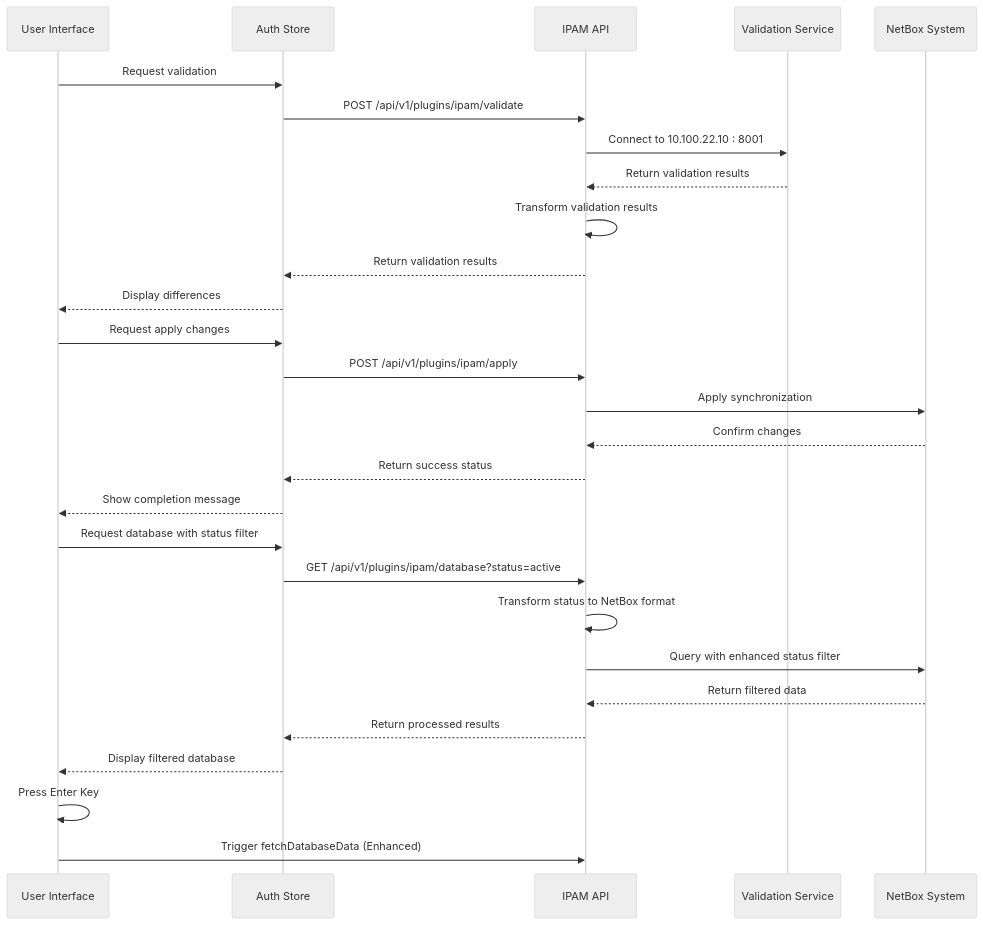
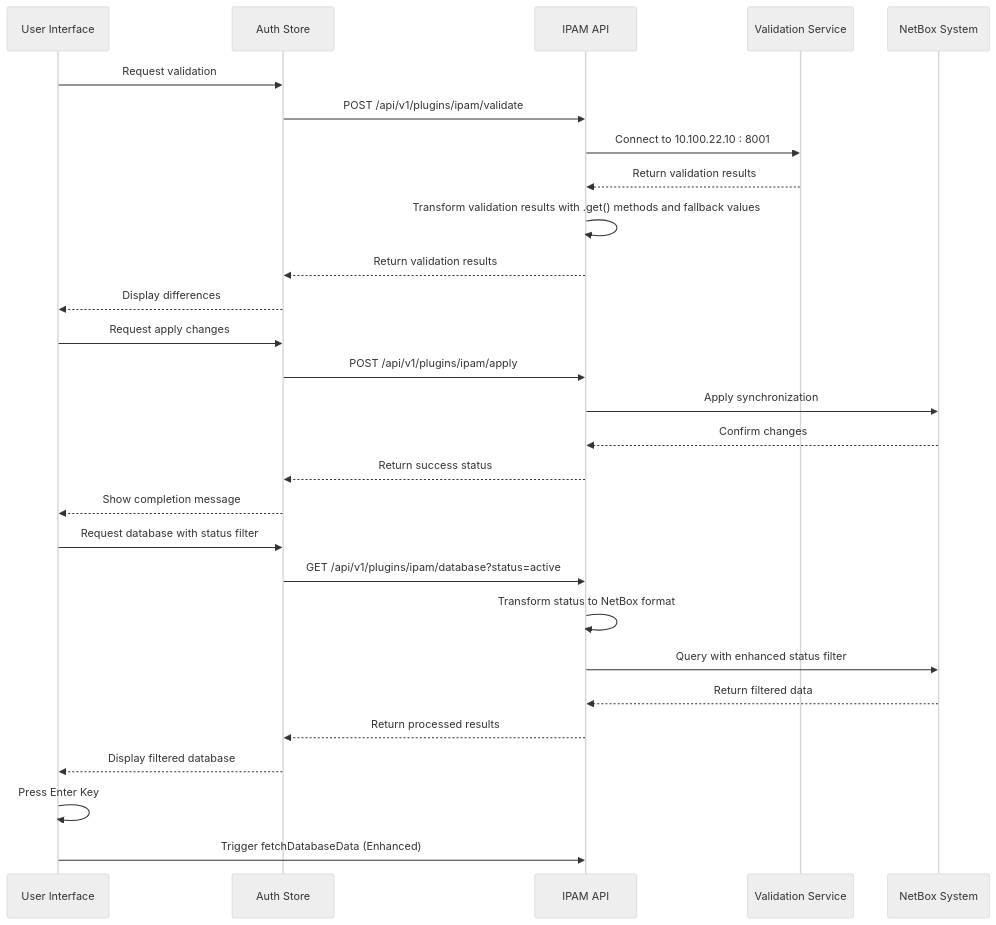
The tenth of 11 diagrams in .qoder/repowiki/en/content/Built-in Plugins/IPAM Plugin.md (Nikita5543/New-SSO-02), drawn with Mermaid (neutral theme) before and after one commit. The commit also changed other lines of this file and 7 other files, not shown here.

````diff
--- a/.qoder/repowiki/en/content/Built-in Plugins/IPAM Plugin.md
+++ b/.qoder/repowiki/en/content/Built-in Plugins/IPAM Plugin.md
@@ -445,30 +447,30 @@
 ```mermaid
 sequenceDiagram
 participant UI as User Interface
 participant Auth as Auth Store
 participant API as IPAM API
 participant ValidationService as Validation Service
 participant NetBox as NetBox System
 UI->>Auth : Request validation
 Auth->>API : POST /api/v1/plugins/ipam/validate
 API->>ValidationService : Connect to 10.100.22.10 : 8001
 ValidationService-->>API : Return validation results
-API->>API : Transform validation results
+API->>API : Transform validation results with .get() methods and fallback values
 API-->>Auth : Return validation results
 Auth-->>UI : Display differences
 UI->>Auth : Request apply changes
 Auth->>API : POST /api/v1/plugins/ipam/apply
 API->>NetBox : Apply synchronization
 NetBox-->>API : Confirm changes
 API-->>Auth : Return success status
 Auth-->>UI : Show completion message
 UI->>Auth : Request database with status filter
 Auth->>API : GET /api/v1/plugins/ipam/database?status=active
 API->>API : Transform status to NetBox format
 API->>NetBox : Query with enhanced status filter
 NetBox-->>API : Return filtered data
 API-->>Auth : Return processed results
 Auth-->>UI : Display filtered database
 UI->>UI : Press Enter Key
 UI->>API : Trigger fetchDatabaseData (Enhanced)
 ```
````
